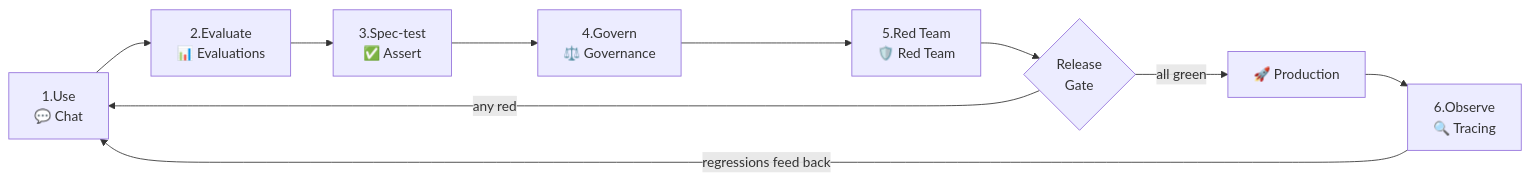
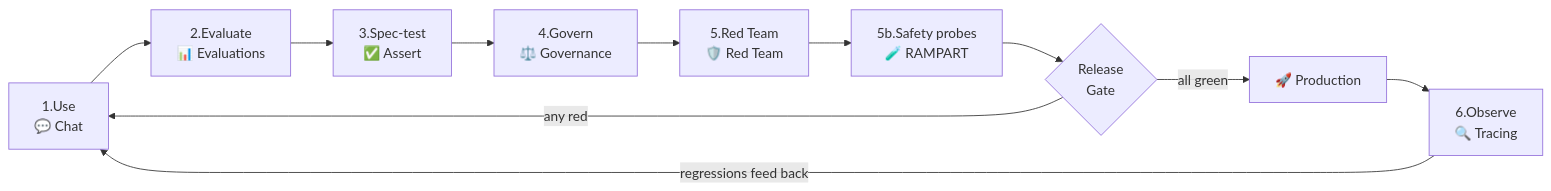
The first of 2 diagrams in docs/skills.md (balakreshnan/AgenticAIOpsGHCPApp), drawn with Mermaid before and after one commit. The commit also changed other lines of this file and 13 other files, not shown here.

````diff
--- a/docs/skills.md
+++ b/docs/skills.md
@@ -26,12 +26,13 @@
 ```mermaid
 flowchart LR
     A["1.Use<br/>💬 Chat"] --> B["2.Evaluate<br/>📊 Evaluations"]
     B --> C["3.Spec-test<br/>✅ Assert"]
     C --> D["4.Govern<br/>⚖️ Governance"]
     D --> E["5.Red Team<br/>🛡️ Red Team"]
-    E --> F{"Release<br/>Gate"}
+    E --> RP["5b.Safety probes<br/>🧪 RAMPART"]
+    RP --> F{"Release<br/>Gate"}
     F -- "all green" --> G["🚀 Production"]
     F -- "any red" --> A
     G --> H["6.Observe<br/>🔍 Tracing"]
     H -->|regressions feed back| A
 ```
````
